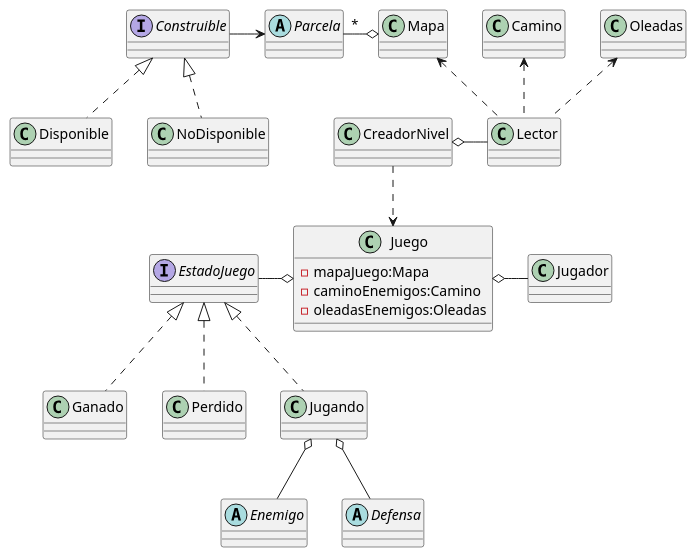
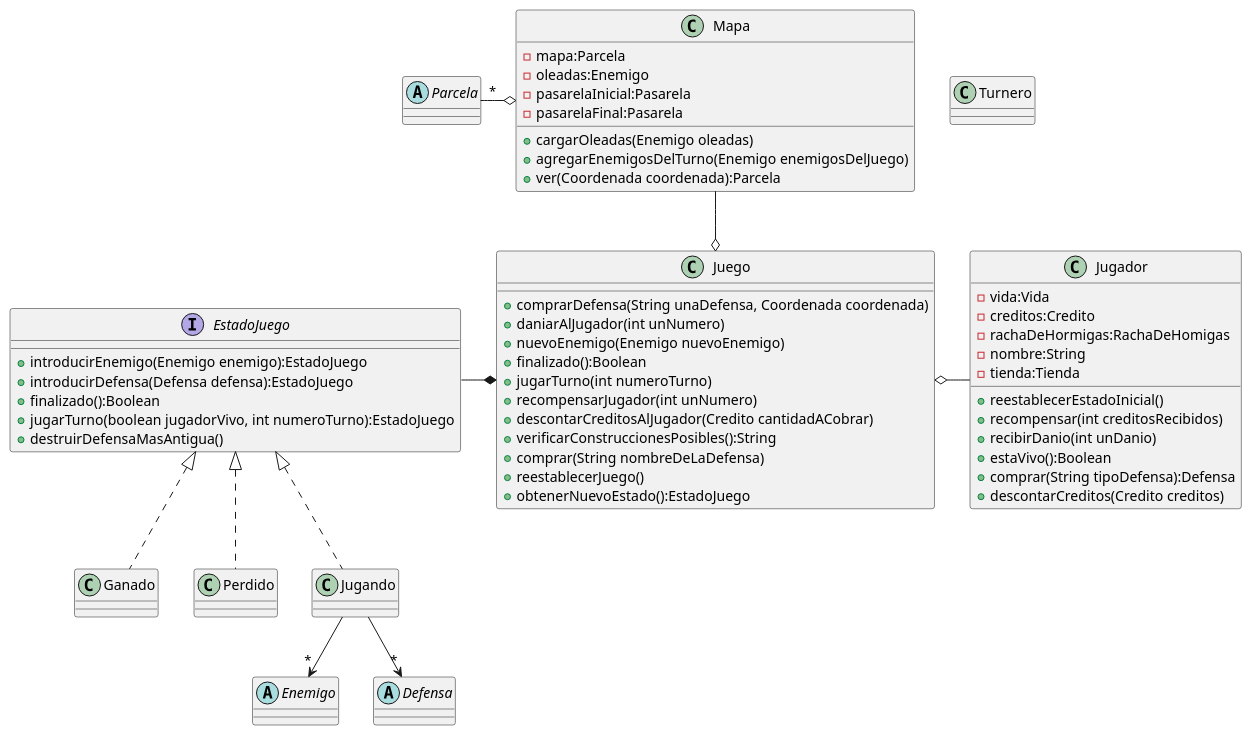
The diagram in diagrams/classes/modeloV1.plantuml (mogartio/Algo3), drawn with PlantUML before and after one commit. The commit also changed 3 other files, not shown here.

```diff
--- a/diagrams/classes/modeloV1.plantuml
+++ b/diagrams/classes/modeloV1.plantuml
@@ -1,48 +1,75 @@
 @startuml
 
-class Lector{}
-class CreadorNivel{}
-class Mapa{}
-class Camino{}
+class Turnero{}
 
 abstract class Parcela{}
-interface Construible{}
-class Disponible{}
-class NoDisponible{}
 
-class Jugador{}
+class Mapa{
+- mapa:Parcela
+- oleadas:Enemigo
+- pasarelaInicial:Pasarela
+- pasarelaFinal:Pasarela
+
++ cargarOleadas(Enemigo oleadas)
++ agregarEnemigosDelTurno(Enemigo enemigosDelJuego)
++ ver(Coordenada coordenada):Parcela
+}
+
+class Jugador{
+- vida:Vida
+- creditos:Credito
+- rachaDeHormigas:RachaDeHomigas
+- nombre:String
+- tienda:Tienda
+
++ reestablecerEstadoInicial()
++ recompensar(int creditosRecibidos)
++ recibirDanio(int unDanio)
++ estaVivo():Boolean
++ comprar(String tipoDefensa):Defensa
++ descontarCreditos(Credito creditos)
+}
+
 class Juego{
-- mapaJuego:Mapa
-- caminoEnemigos:Camino
-- oleadasEnemigos:Oleadas
++ comprarDefensa(String unaDefensa, Coordenada coordenada)
++ daniarAlJugador(int unNumero)
++ nuevoEnemigo(Enemigo nuevoEnemigo)
++ finalizado():Boolean
++ jugarTurno(int numeroTurno)
++ recompensarJugador(int unNumero)
++ descontarCreditosAlJugador(Credito cantidadACobrar)
++ verificarConstruccionesPosibles():String
++ comprar(String nombreDeLaDefensa)
++ reestablecerJuego()
++ obtenerNuevoEstado():EstadoJuego
 }
-interface EstadoJuego{}
+
+interface EstadoJuego{
++introducirEnemigo(Enemigo enemigo):EstadoJuego
++introducirDefensa(Defensa defensa):EstadoJuego
++finalizado():Boolean
++jugarTurno(boolean jugadorVivo, int numeroTurno):EstadoJuego
++destruirDefensaMasAntigua()
+}
+
 class Ganado{}
 class Perdido{}
 class Jugando{}
 
 abstract class Enemigo{}
 abstract class Defensa{}
 
-Mapa <.. Lector
-Camino <.. Lector
-Oleadas <.. Lector
+Mapa --o Juego
+Parcela "*" -o Mapa
 
-Construible -> Parcela
-Parcela "*" -o Mapa
-Construible <|.. Disponible
-Construible <|.. NoDisponible
-
-CreadorNivel o- Lector
-CreadorNivel ..> Juego
 
 Juego o- Jugador
-EstadoJuego -o Juego
+EstadoJuego -* Juego
 EstadoJuego <|.. Ganado
 EstadoJuego <|.. Perdido
 EstadoJuego <|.. Jugando
 
-Jugando o-- Enemigo
-Jugando o-- Defensa
+Jugando --> "*" Enemigo
+Jugando --> "*" Defensa
 
 @enduml
```
